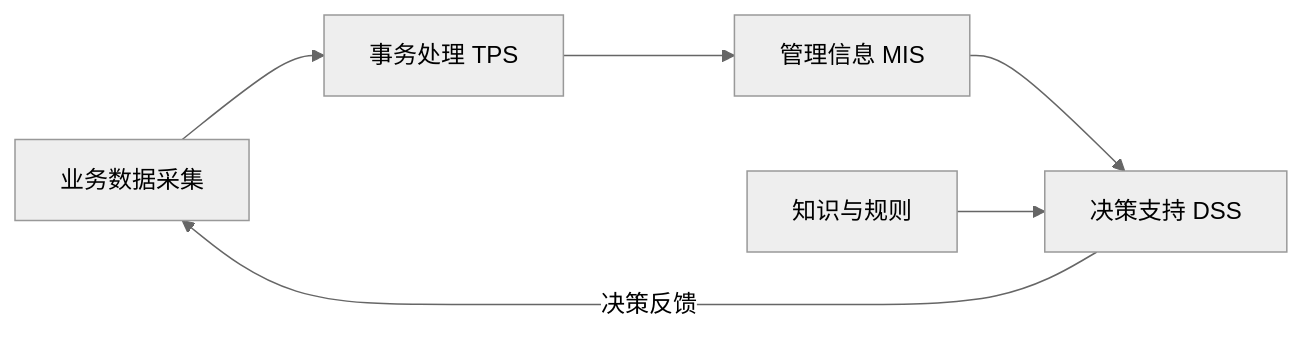
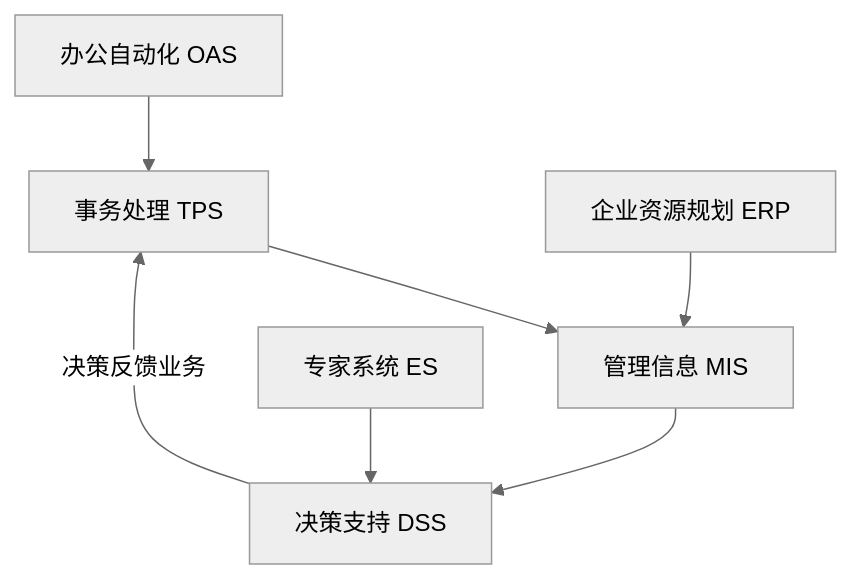
The second of 7 diagrams in docs/system-architecture-designer/01_官方大纲与考试政策/01_综合知识大纲脑图.md (mingf423/ruankao), drawn with Mermaid (neutral theme) before and after one commit. The commit also changed other lines of this file and 3 other files, not shown here.

Commit message:
docs(脑图): 重构综合知识脑图为 7 张并补案例分析系统计划图

````diff
--- a/docs/system-architecture-designer/01_官方大纲与考试政策/01_综合知识大纲脑图.md
+++ b/docs/system-architecture-designer/01_官方大纲与考试政策/01_综合知识大纲脑图.md
@@ -20,8 +28,9 @@
 ```mermaid
-flowchart LR
-  T["业务数据采集"] --> P["事务处理 TPS"]
-  P --> M["管理信息 MIS"]
+flowchart TB
+  O["办公自动化 OAS"] --> T["事务处理 TPS"]
+  T --> M["管理信息 MIS"]
+  E["企业资源规划 ERP"] --> M
   M --> D["决策支持 DSS"]
-  K["知识与规则"] --> D
-  D -->|"决策反馈"| T
+  K["专家系统 ES"] --> D
+  D -->|"决策反馈业务"| T
 ```
````
